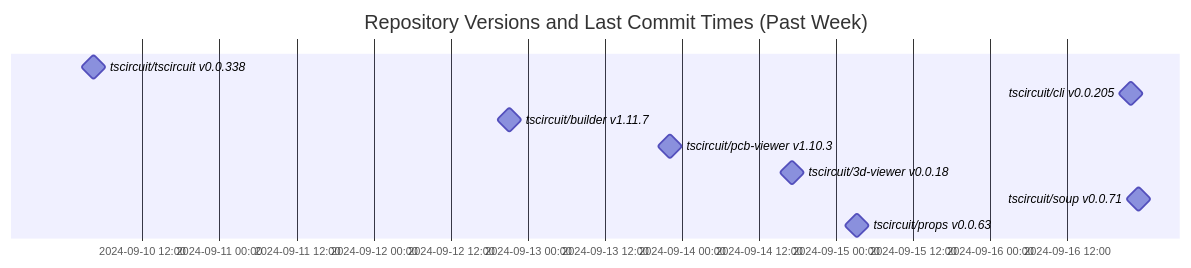
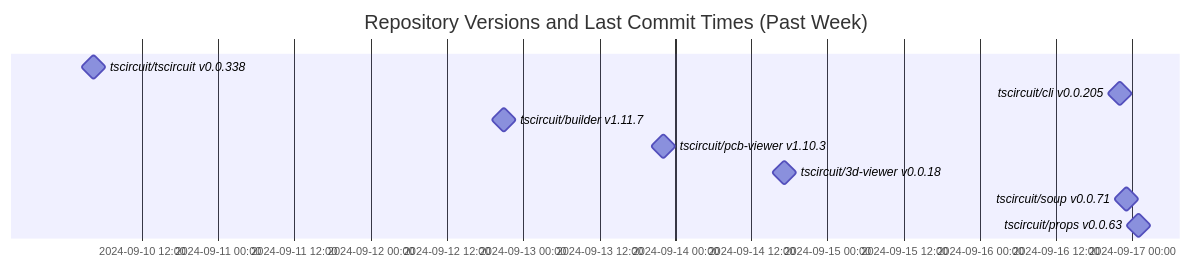
One commit to tscircuit/version-tracker changed the diagram in README.md. Above: the diagram before and after it, drawn with Mermaid.

Commit message:
Update chart

````diff
--- a/README.md
+++ b/README.md
@@ -1,14 +1,14 @@
 ```mermaid
 gantt
   dateFormat  YYYY-MM-DD HH:mm:ss
   title Repository Versions and Last Commit Times (Past Week)
   axisFormat %Y-%m-%d %H:%M
 
   tscircuit/tscircuit v0.0.338 : milestone, 2024-09-10 04:23:10, 1s
   tscircuit/cli v0.0.205 : milestone, 2024-09-16 21:59:30, 1s
   tscircuit/builder v1.11.7 : milestone, 2024-09-12 21:03:51, 1s
   tscircuit/pcb-viewer v1.10.3 : milestone, 2024-09-13 22:06:50, 1s
   tscircuit/3d-viewer v0.0.18 : milestone, 2024-09-14 17:06:37, 1s
   tscircuit/soup v0.0.71 : milestone, 2024-09-16 23:07:32, 1s
-  tscircuit/props v0.0.63 : milestone, 2024-09-15 03:15:19, 1s
+  tscircuit/props v0.0.63 : milestone, 2024-09-17 00:58:09, 1s
 ```
````
